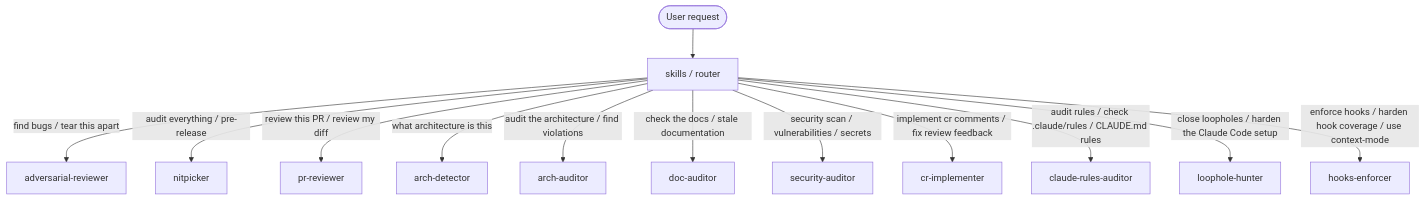
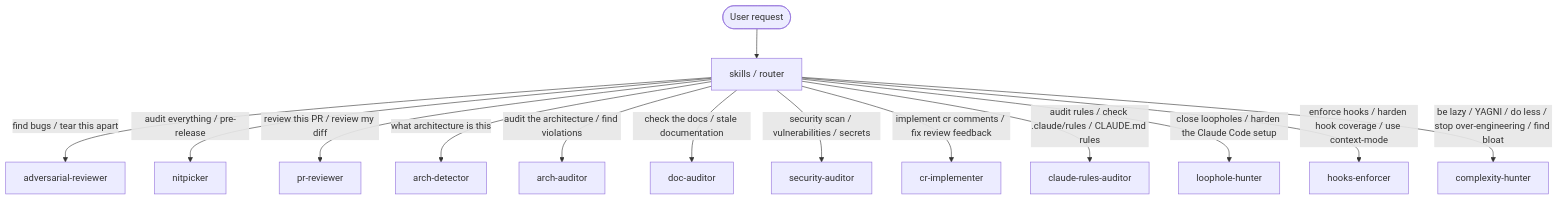
Before and after one commit to ivuorinen/skills: the fifth of 6 diagrams in .claude/skills/README.md, drawn with Mermaid. The commit also changed other lines of this file and 7 other files, not shown here.

First line of the commit message:
feat: add complexity-hunter skill (#30)

````diff
--- a/.claude/skills/README.md
+++ b/.claude/skills/README.md
@@ -259,15 +262,16 @@
 ```mermaid
 flowchart TD
     U([User request]) --> R[skills / router]
     R -->|"find bugs / tear this apart"| AR[adversarial-reviewer]
     R -->|"audit everything / pre-release"| NP[nitpicker]
     R -->|"review this PR / review my diff"| PR[pr-reviewer]
     R -->|"what architecture is this"| AD[arch-detector]
     R -->|"audit the architecture / find violations"| AA[arch-auditor]
     R -->|"check the docs / stale documentation"| DA[doc-auditor]
     R -->|"security scan / vulnerabilities / secrets"| SA[security-auditor]
     R -->|"implement cr comments / fix review feedback"| CRI[cr-implementer]
     R -->|"audit rules / check .claude/rules / CLAUDE.md rules"| CRA[claude-rules-auditor]
     R -->|"close loopholes / harden the Claude Code setup"| LH[loophole-hunter]
     R -->|"enforce hooks / harden hook coverage / use context-mode"| HE[hooks-enforcer]
+    R -->|"be lazy / YAGNI / do less / stop over-engineering / find bloat"| CH[complexity-hunter]
 ```
````
